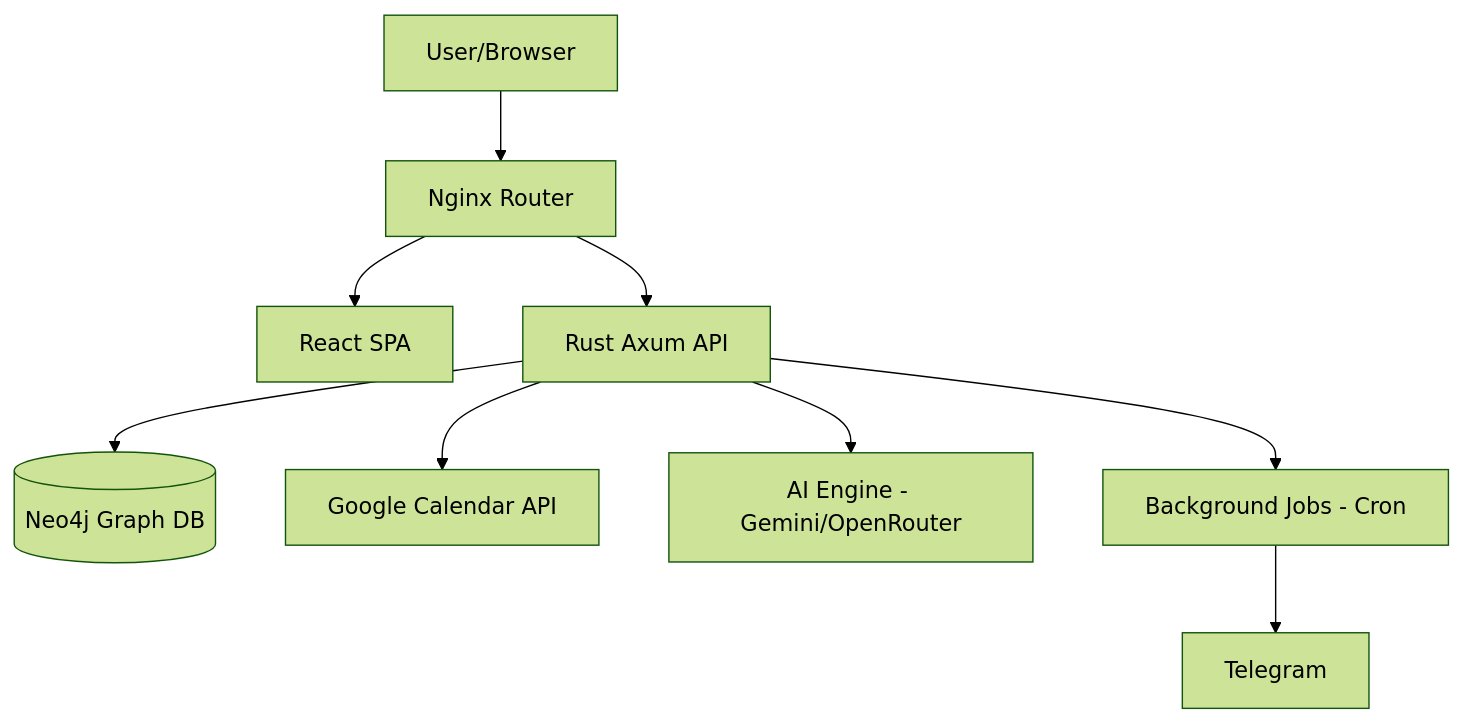
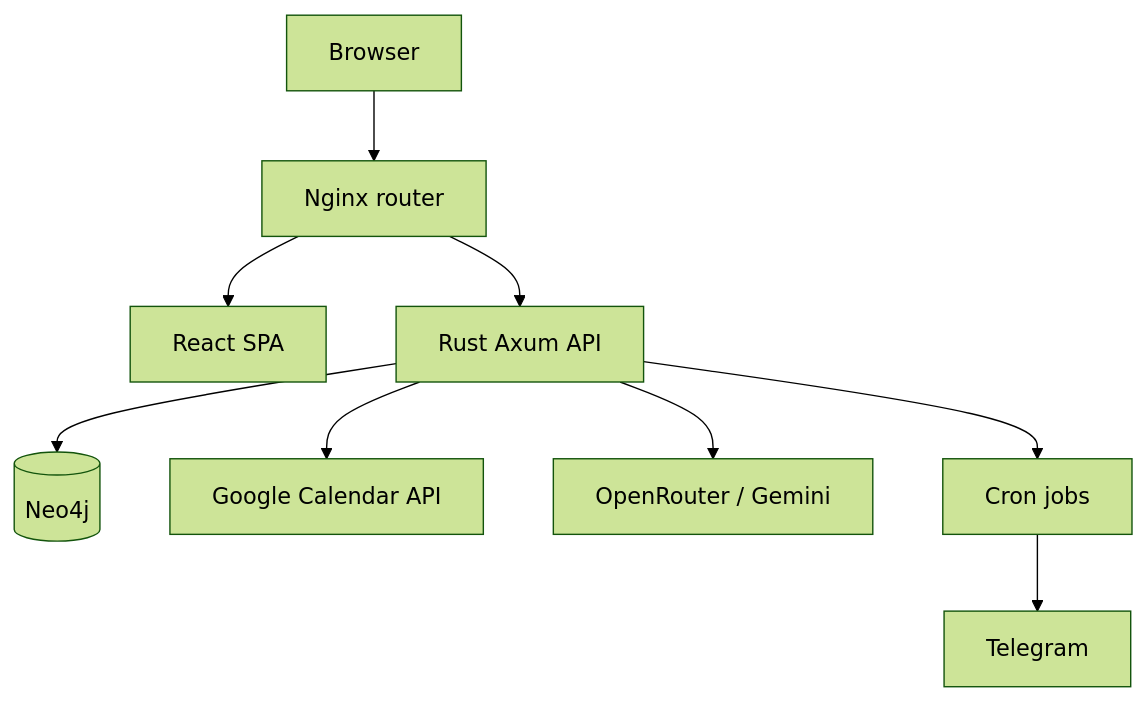
One commit to Andrew50/goals changed the diagram in README.md. Above: the diagram before and after it, drawn with Mermaid (forest theme). The commit also changed other lines of this file and 44 other files, not shown here.

````diff
--- a/README.md
+++ b/README.md
@@ -32,11 +29,11 @@
 ```mermaid
 graph TD
-    User[User/Browser] --> Nginx[Nginx Router]
+    Browser --> Nginx[Nginx router]
     Nginx --> Frontend[React SPA]
     Nginx --> Backend[Rust Axum API]
-    Backend --> Neo4j[(Neo4j Graph DB)]
+    Backend --> Neo4j[(Neo4j)]
     Backend --> GCal[Google Calendar API]
-    Backend --> AI[AI Engine - Gemini/OpenRouter]
-    Backend --> Jobs[Background Jobs - Cron]
-    Jobs --> Notify[Telegram]
+    Backend --> AI[OpenRouter / Gemini]
+    Backend --> Jobs[Cron jobs]
+    Jobs --> Telegram[Telegram]
 ```
````
